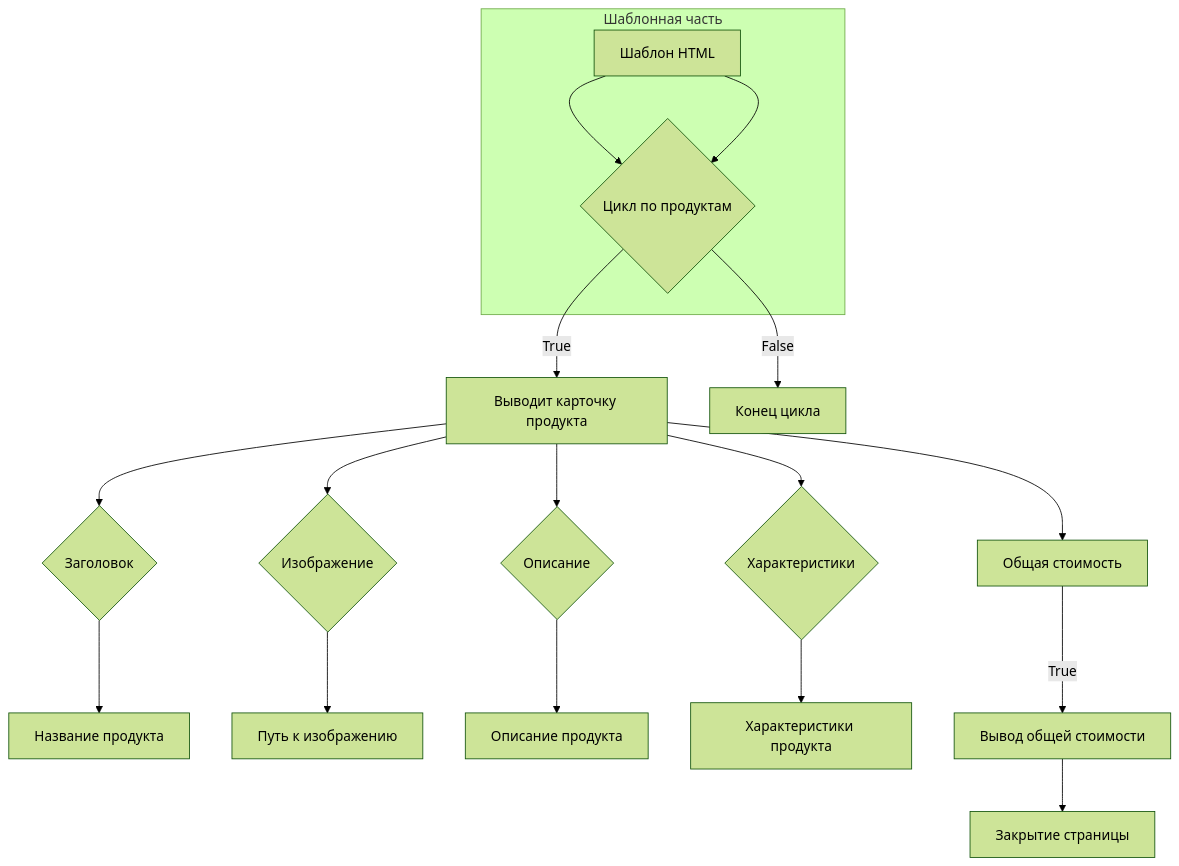
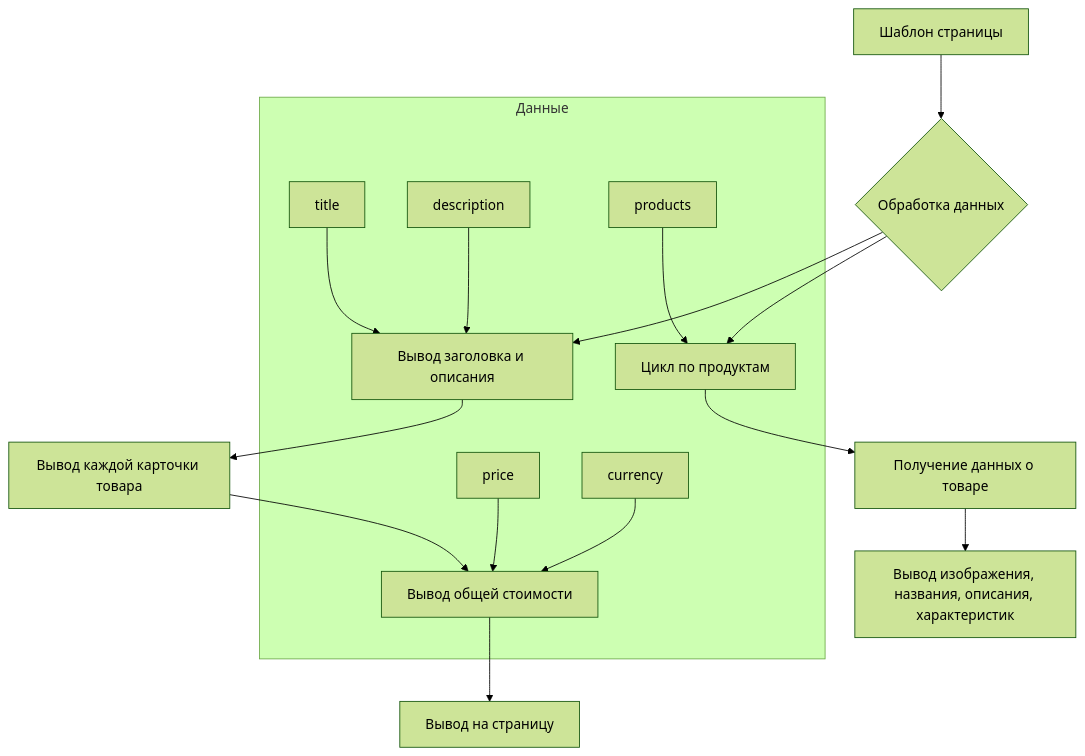
The diagram in docs/gemini/ru/explainer/src/endpoints/kazarinov/pricelist_generator/templates/template_table_ru.md (hypo69/hypo), drawn with Mermaid (forest theme) before and after one commit. The commit also changed other lines of this file and 468 other files, not shown here.

````diff
--- a/docs/gemini/ru/explainer/src/endpoints/kazarinov/pricelist_generator/templates/template_table_ru.md
+++ b/docs/gemini/ru/explainer/src/endpoints/kazarinov/pricelist_generator/templates/template_table_ru.md
@@ -118,21 +143,19 @@
 ```mermaid
 graph TD
-    A[Шаблон HTML] --> B{Цикл по продуктам};
-    B -- True --> C[Выводит карточку продукта];
-    C --> D{Заголовок};
-    D --> E[Название продукта];
-    C --> F{Изображение};
-    F --> G[Путь к изображению];
-    C --> H{Описание};
-    H --> I[Описание продукта];
-    C --> J{Характеристики};
-    J --> K[Характеристики продукта];
-    C --> L[Общая стоимость];
-    L -- True --> M[Вывод общей стоимости];
-    B -- False --> N[Конец цикла];
-    M --> O[Закрытие страницы];
-
-    subgraph Шаблонная часть
-        A --> B;
+    A[Шаблон страницы] --> B{Обработка данных};
+    B --> C[Вывод заголовка и описания];
+    B --> D[Цикл по продуктам];
+    C --> E[Вывод каждой карточки товара];
+    D --> F[Получение данных о товаре];
+    F --> G[Вывод изображения, названия, описания, характеристик];
+    E --> H[Вывод общей стоимости];
+    H --> I[Вывод на страницу];
+    
+    subgraph "Данные"
+        J[title] --> C;
+        K[description] --> C;
+        L[products] --> D;
+        M[price] --> H;
+        N[currency] --> H;
     end
 ```
````
